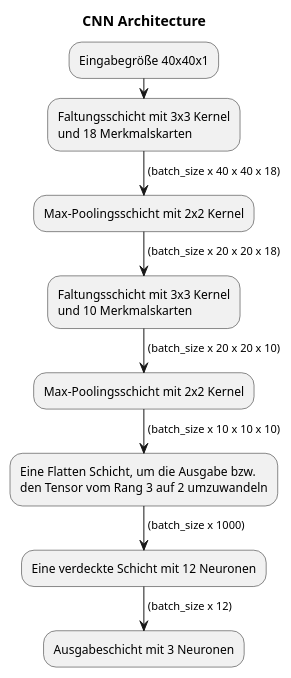
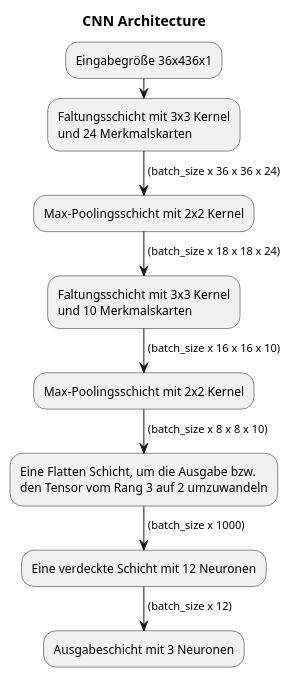
The diagram in architecture/cnn_architecture.puml (affandimansor/projektarbeit_tensorflow), drawn with PlantUML before and after one commit. The commit also changed 1 other file, not shown here.

Commit message:
finalised workflow and architecture documentation

```diff
--- a/architecture/cnn_architecture.puml
+++ b/architecture/cnn_architecture.puml
@@ -10,21 +10,21 @@
 @startuml
 title CNN Architecture
 
-:Eingabegröße 40x40x1;
+:Eingabegröße 36x436x1;
 :Faltungsschicht mit 3x3 Kernel
-und 18 Merkmalskarten;
--> (batch_size x 40 x 40 x 18);
+und 24 Merkmalskarten;
+-> (batch_size x 36 x 36 x 24);
 :Max-Poolingsschicht mit 2x2 Kernel;
--> (batch_size x 20 x 20 x 18);
+-> (batch_size x 18 x 18 x 24);
 :Faltungsschicht mit 3x3 Kernel
 und 10 Merkmalskarten;
--> (batch_size x 20 x 20 x 10);
+-> (batch_size x 16 x 16 x 10);
 :Max-Poolingsschicht mit 2x2 Kernel;
--> (batch_size x 10 x 10 x 10);
+-> (batch_size x 8 x 8 x 10);
 :Eine Flatten Schicht, um die Ausgabe bzw.
 den Tensor vom Rang 3 auf 2 umzuwandeln;
 ->(batch_size x 1000);
 :Eine verdeckte Schicht mit 12 Neuronen;
 ->(batch_size x 12);
 :Ausgabeschicht mit 3 Neuronen;
 @enduml
```
